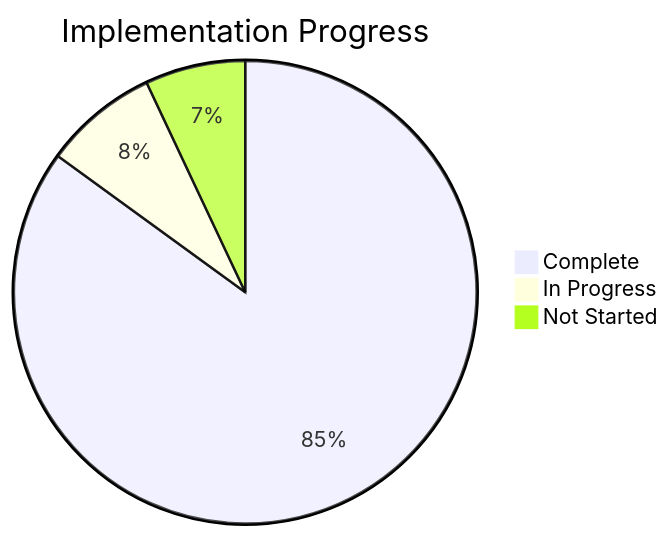
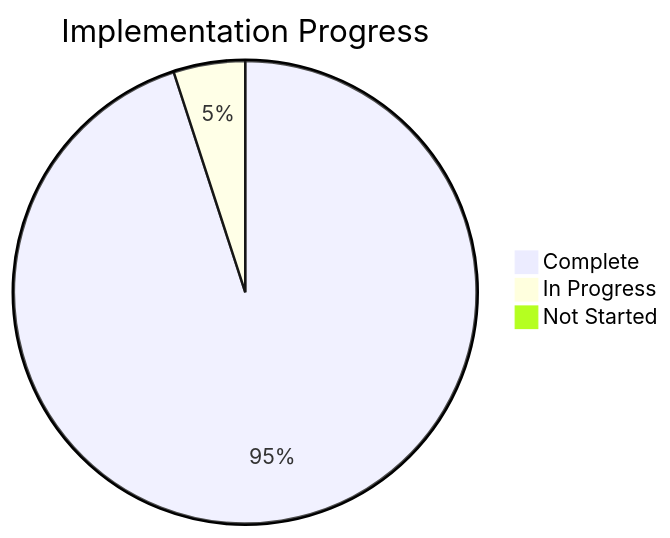
The first of 5 diagrams in docs/tasks/00-progress-tracker.md (amo-tech-ai/mdeai), drawn with Mermaid before and after one commit. The commit also changed other lines of this file and 15 other files, not shown here.

````diff
--- a/docs/tasks/00-progress-tracker.md
+++ b/docs/tasks/00-progress-tracker.md
@@ -9,6 +9,6 @@
 ```mermaid
 pie title Implementation Progress
-    "Complete" : 85
-    "In Progress" : 8
-    "Not Started" : 7
+    "Complete" : 95
+    "In Progress" : 5
+    "Not Started" : 0
 ```
````
